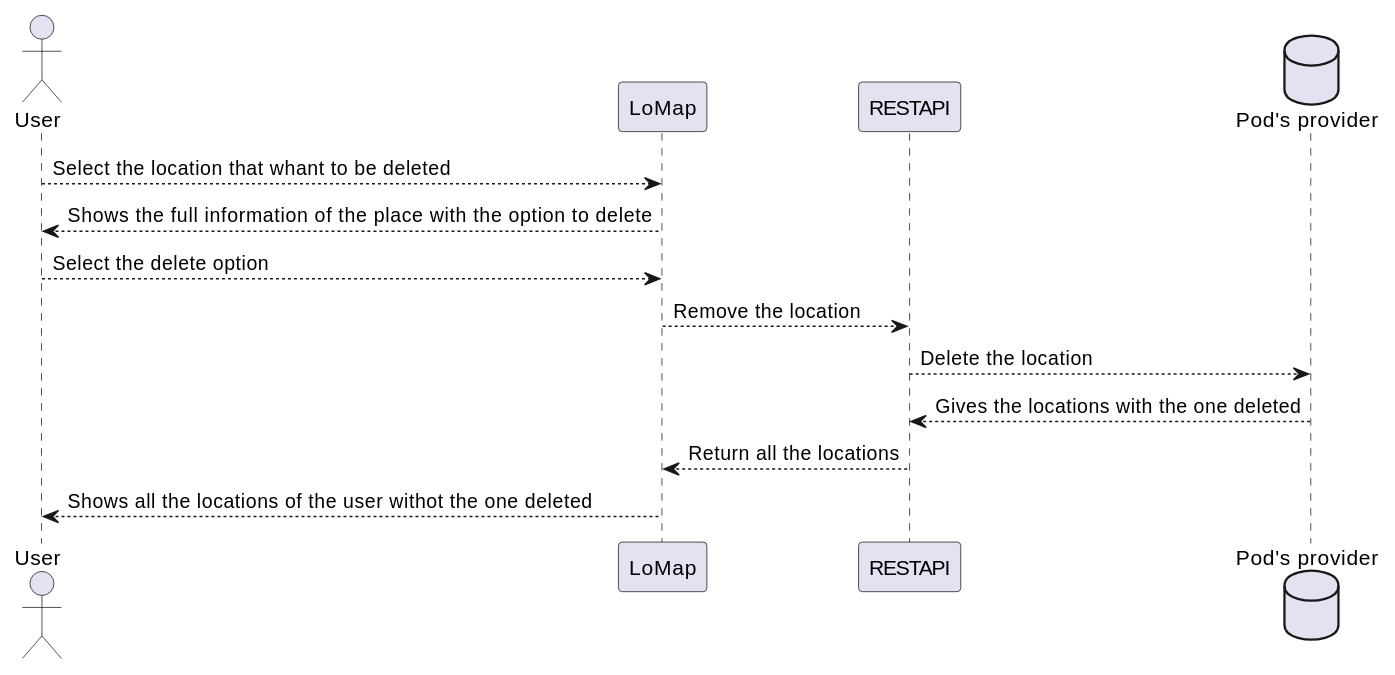
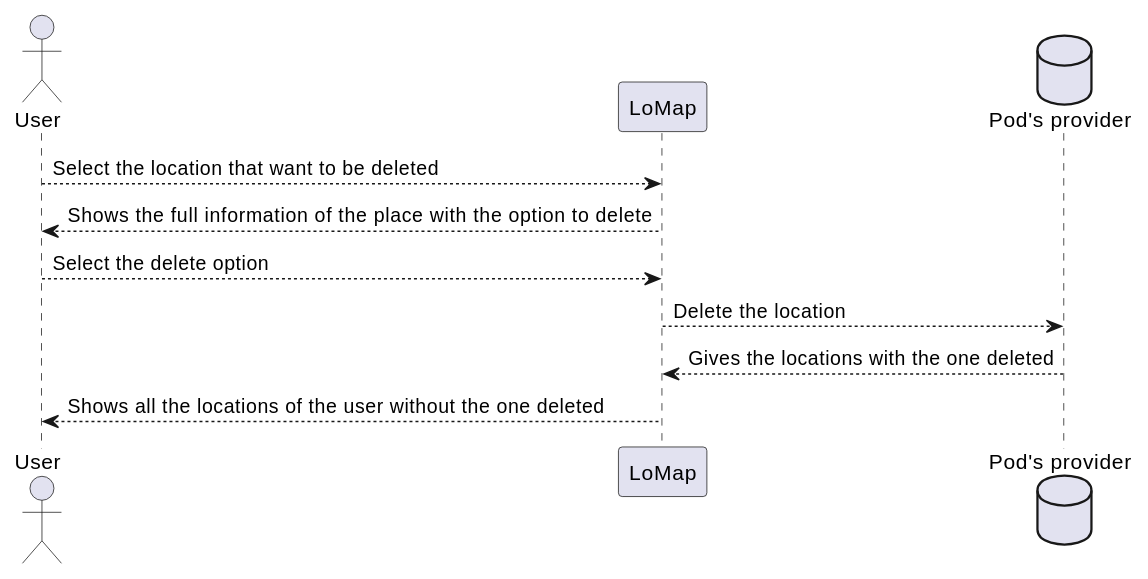
The fourth of 7 diagrams in docs/06_runtime_view.adoc (Arquisoft/lomap_es1c), drawn with PlantUML before and after one commit. The commit also changed other lines of this file, not shown here.

```diff
--- a/docs/06_runtime_view.adoc
+++ b/docs/06_runtime_view.adoc
@@ -94,16 +83,13 @@
 [plantuml,"Sequence diagram delete",png]
 ----
 actor User
 Participant LoMap
-participant ra as "RESTAPI"
 database pod as "Pod's provider"
-User --> LoMap: Select the location that whant to be deleted
+User --> LoMap: Select the location that want to be deleted
 LoMap --> User: Shows the full information of the place with the option to delete
 User --> LoMap: Select the delete option
-LoMap --> ra: Remove the location
-ra --> pod: Delete the location
-pod --> ra: Gives the locations with the one deleted
-ra --> LoMap: Return all the locations 
-LoMap --> User: Shows all the locations of the user withot the one deleted
+LoMap --> pod: Delete the location
+pod --> LoMap: Gives the locations with the one deleted
+LoMap --> User: Shows all the locations of the user without the one deleted
 
 ----
```
